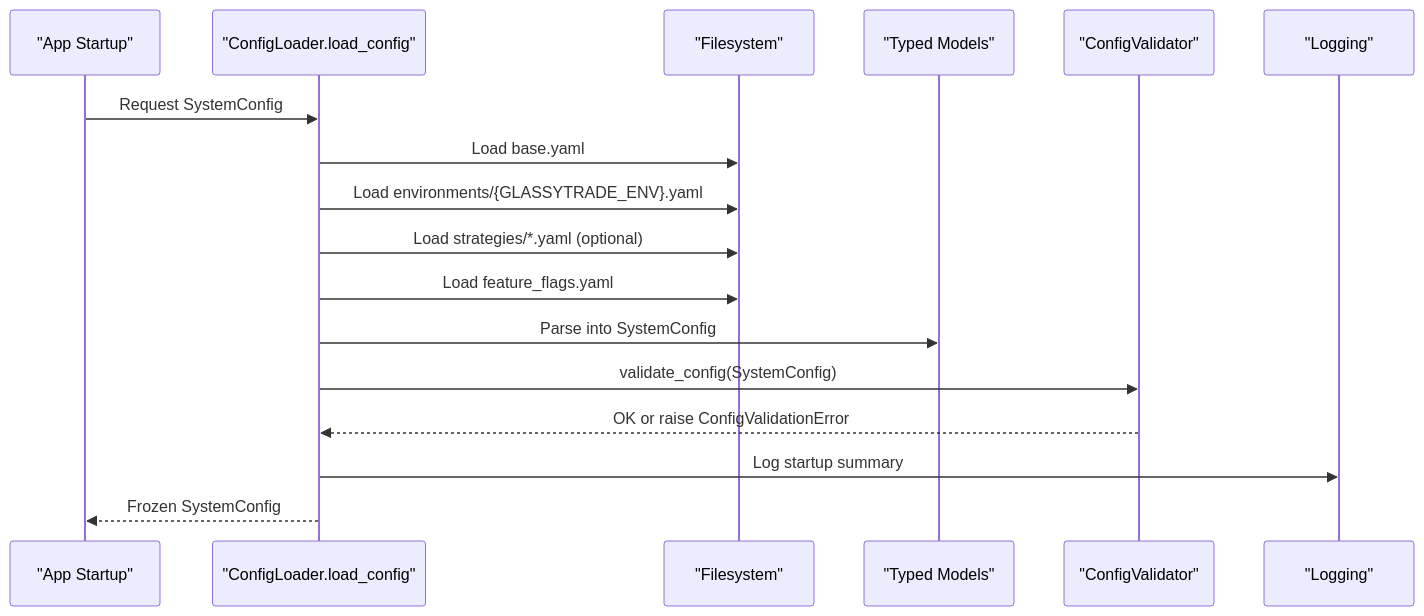
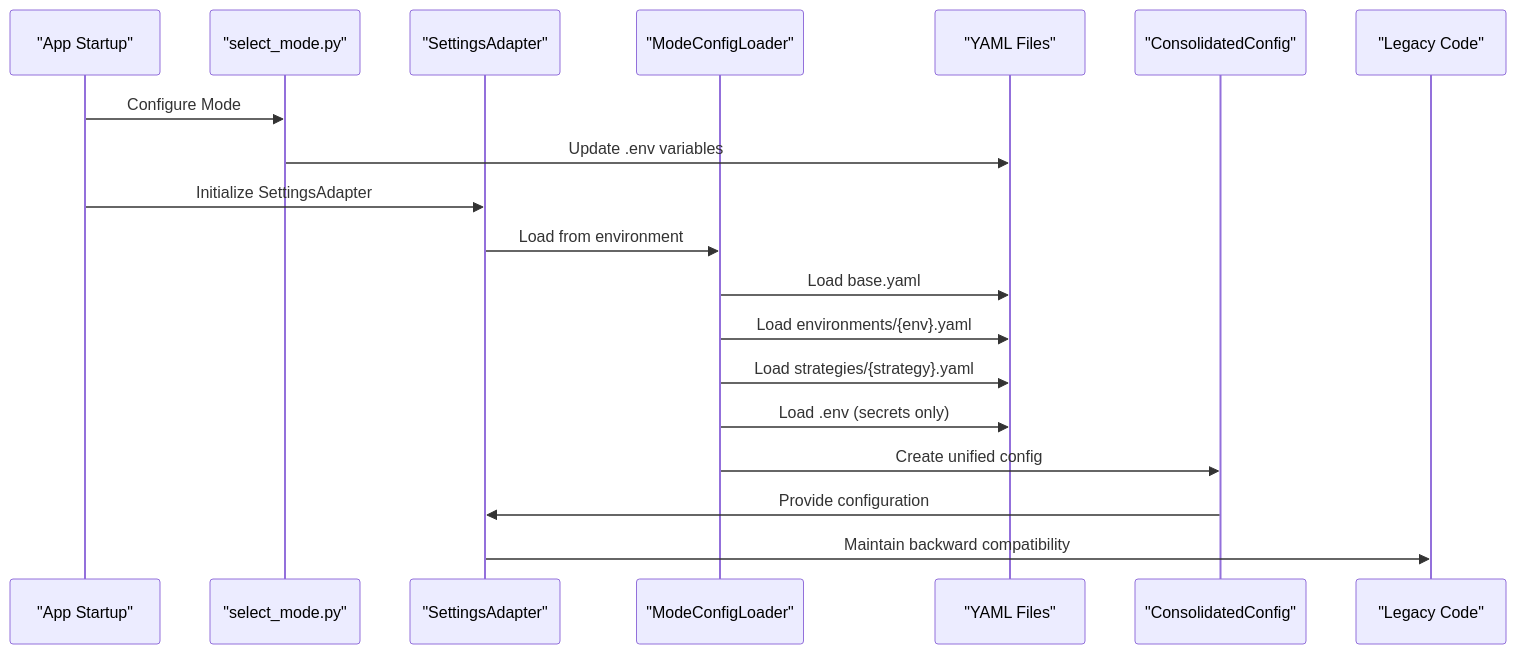
One commit to gemrajkhatry-maker/v5-of-glassytrade-ai changed the second of 3 diagrams in .qoder/repowiki/en/content/Configuration Management.md. Above: the diagram before and after it, drawn with Mermaid. The commit also changed other lines of this file and 930 other files, not shown here.

````diff
--- a/.qoder/repowiki/en/content/Configuration Management.md
+++ b/.qoder/repowiki/en/content/Configuration Management.md
@@ -90,19 +97,21 @@
 ```mermaid
 sequenceDiagram
 participant Boot as "App Startup"
-participant Loader as "ConfigLoader.load_config"
-participant FS as "Filesystem"
-participant Types as "Typed Models"
-participant Validator as "ConfigValidator"
-participant Logger as "Logging"
-Boot->>Loader : Request SystemConfig
-Loader->>FS : Load base.yaml
-Loader->>FS : Load environments/{GLASSYTRADE_ENV}.yaml
-Loader->>FS : Load strategies/*.yaml (optional)
-Loader->>FS : Load feature_flags.yaml
-Loader->>Types : Parse into SystemConfig
-Loader->>Validator : validate_config(SystemConfig)
-Validator-->>Loader : OK or raise ConfigValidationError
-Loader->>Logger : Log startup summary
-Loader-->>Boot : Frozen SystemConfig
+participant CLI as "select_mode.py"
+participant Adapter as "SettingsAdapter"
+participant ModeLoader as "ModeConfigLoader"
+participant YAML as "YAML Files"
+participant Consolidated as "ConsolidatedConfig"
+participant Legacy as "Legacy Code"
+Boot->>CLI : Configure Mode
+CLI->>YAML : Update .env variables
+Boot->>Adapter : Initialize SettingsAdapter
+Adapter->>ModeLoader : Load from environment
+ModeLoader->>YAML : Load base.yaml
+ModeLoader->>YAML : Load environments/{env}.yaml
+ModeLoader->>YAML : Load strategies/{strategy}.yaml
+ModeLoader->>YAML : Load .env (secrets only)
+ModeLoader->>Consolidated : Create unified config
+Consolidated->>Adapter : Provide configuration
+Adapter->>Legacy : Maintain backward compatibility
 ```
````
